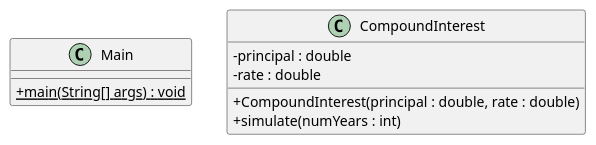
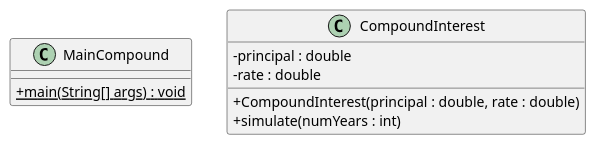
One commit to nilcamprubi/example_interest changed the diagram in src/compound.puml. Above: the diagram before and after it, drawn with PlantUML. The commit also changed 7 other files, not shown here.

Commit message:
diagrames uml + habilitar assercions

```diff
--- a/src/compound.puml
+++ b/src/compound.puml
@@ -1,16 +1,16 @@
 @startuml
 skinparam classAttributeIconSize 0
 ' to use standard notation for public, protected, private
 ' instead of icons
 
-class Main {
+class MainCompound {
 + {static} main(String[] args) : void
 }
 
 class CompoundInterest {
 - principal : double
 - rate : double
 + CompoundInterest(principal : double, rate : double)
 + simulate(numYears : int)
 }
 @enduml
```
